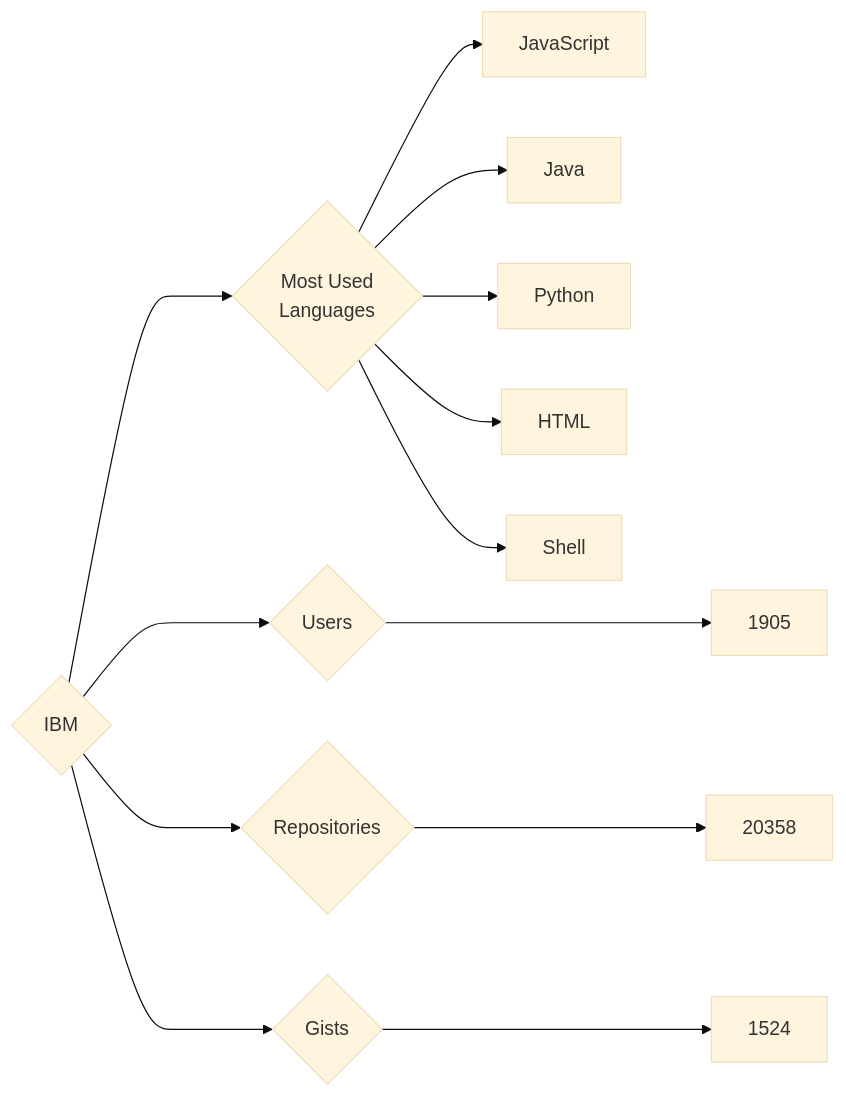
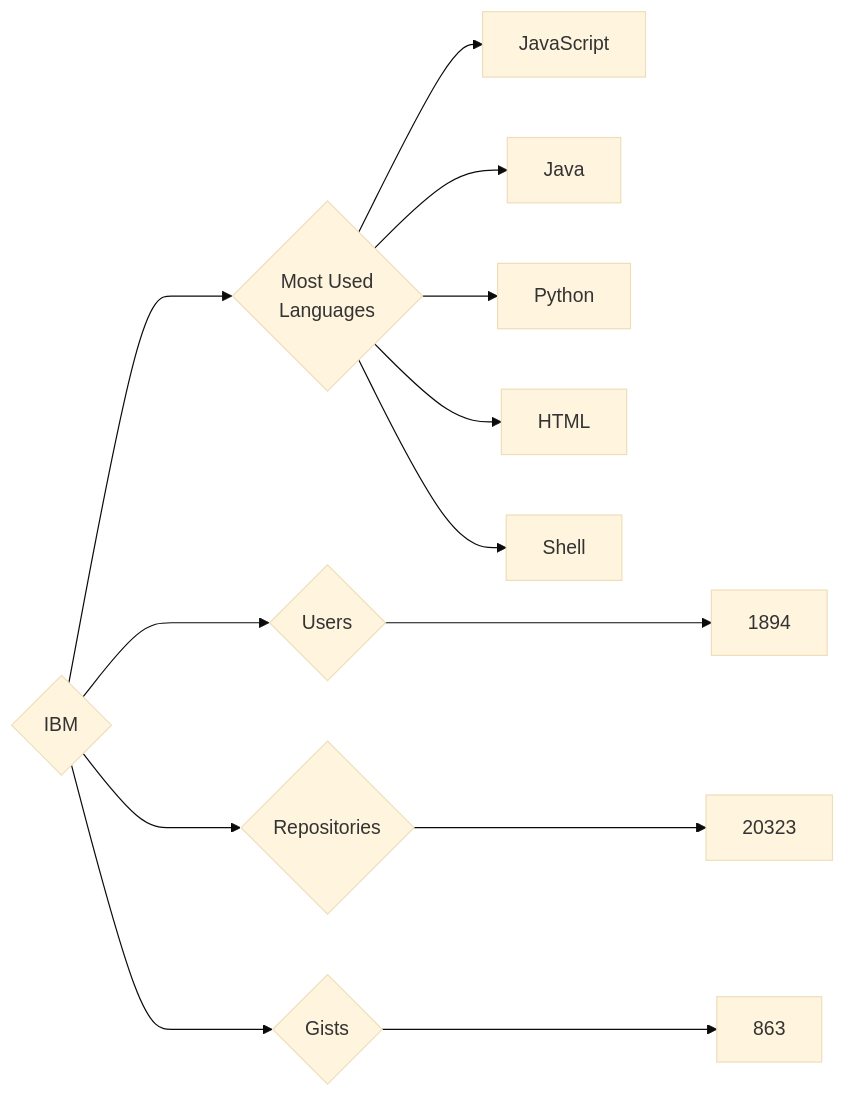
Before and after one commit to trickest/insiders: the diagram in targets/IBM/README.md, drawn with Mermaid (base theme). The commit also changed 553 other files, not shown here.

````diff
--- a/targets/IBM/README.md
+++ b/targets/IBM/README.md
@@ -3,13 +3,13 @@
 ```mermaid
 graph LR
 COMPANY_NAME{IBM}
-COMPANY_NAME ---> U{Users} ---> UN[1905]
-COMPANY_NAME ---> R{Repositories} ---> RN[20358]
-COMPANY_NAME ---> G{Gists} ---> GN[1524]
+COMPANY_NAME ---> U{Users} ---> UN[1894]
+COMPANY_NAME ---> R{Repositories} ---> RN[20323]
+COMPANY_NAME ---> G{Gists} ---> GN[863]
 COMPANY_NAME ---> ML{Most Used<br>Languages}
 ML --> JavaScript[JavaScript]
 ML --> Java[Java]
 ML --> Python[Python]
 ML --> HTML[HTML]
 ML --> Shell[Shell]
 ```
````
